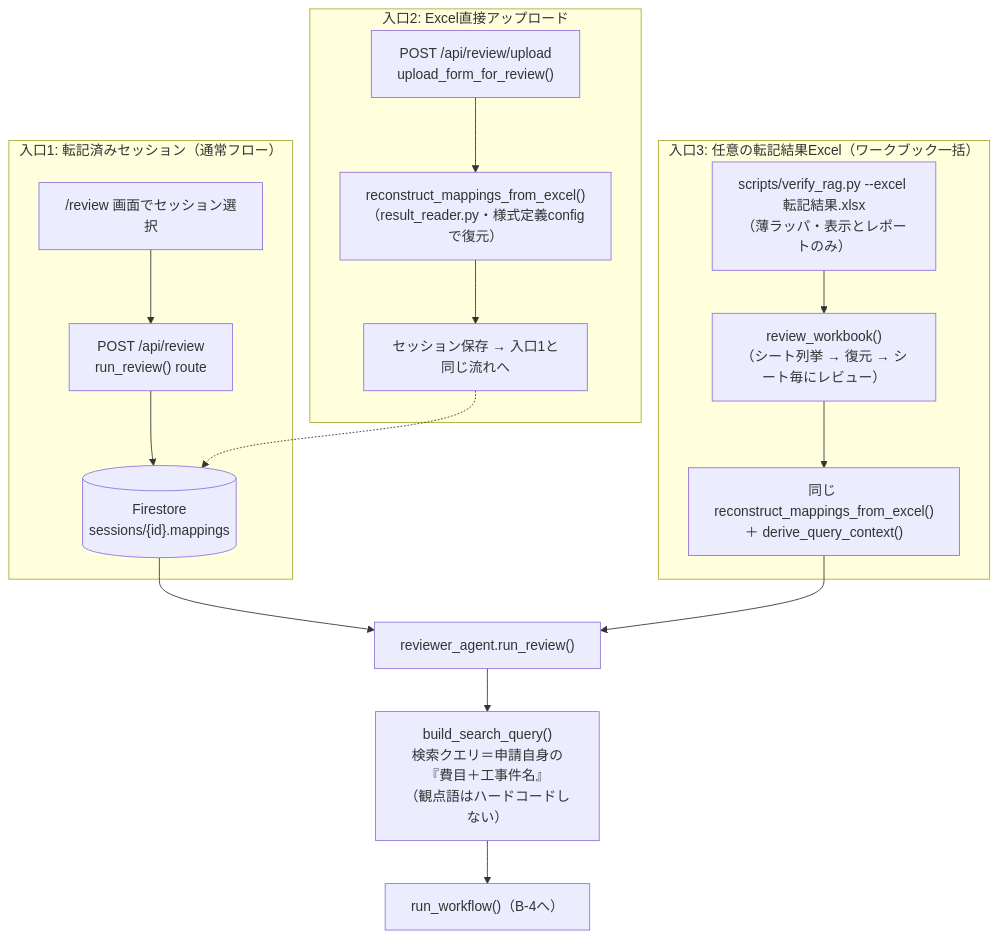
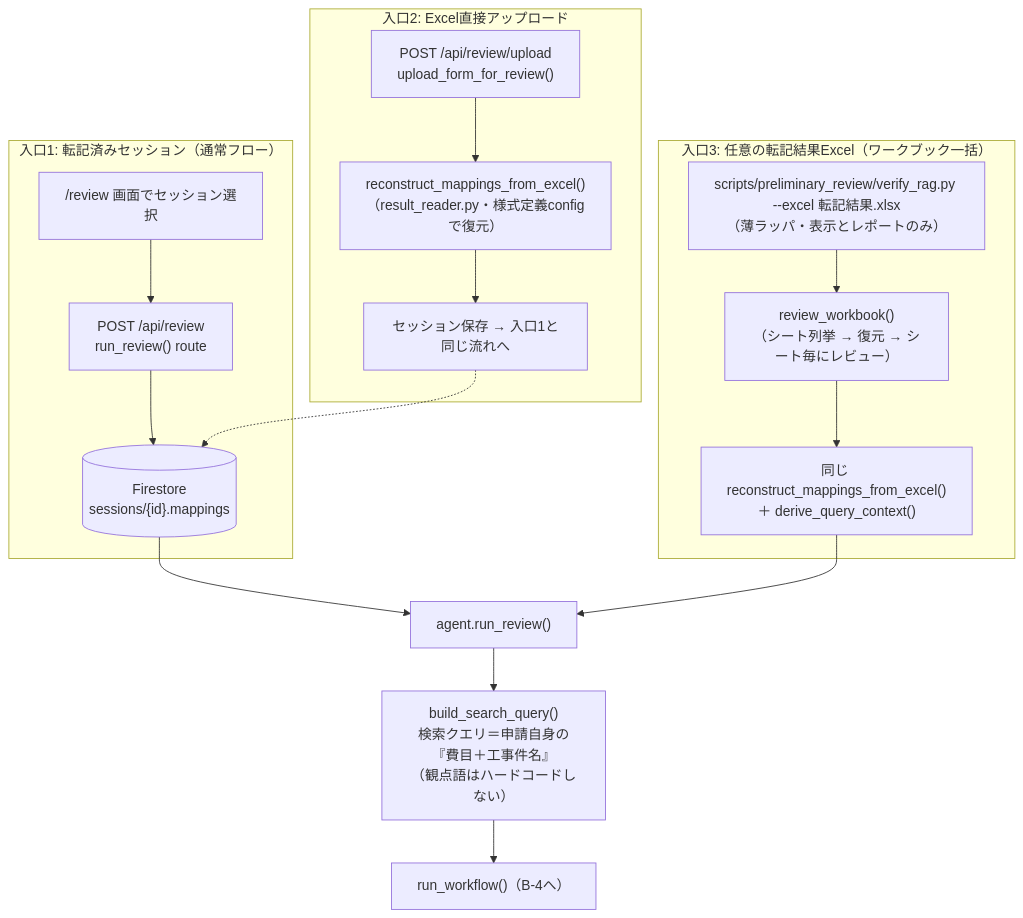
Before and after one commit to monigairu/PPOOCC: the fourth of 7 diagrams in docs/preliminary_review/ARCHITECTURE.md, drawn with Mermaid. The commit also changed other lines of this file and 33 other files, not shown here.

````diff
--- a/docs/preliminary_review/ARCHITECTURE.md
+++ b/docs/preliminary_review/ARCHITECTURE.md
@@ -139,20 +218,20 @@
 ```mermaid
 flowchart TD
     subgraph E1["入口1: 転記済みセッション（通常フロー）"]
         UI1["/review 画面でセッション選択"] --> API1["POST /api/review<br/>run_review() route"]
         API1 --> FS1[("Firestore<br/>sessions/{id}.mappings")]
     end
     subgraph E2["入口2: Excel直接アップロード"]
         UP["POST /api/review/upload<br/>upload_form_for_review()"] --> REC["reconstruct_mappings_from_excel()<br/>（result_reader.py・様式定義configで復元）"]
         REC --> SAVE["セッション保存 → 入口1と同じ流れへ"]
     end
     subgraph E3["入口3: 任意の転記結果Excel（ワークブック一括）"]
-        VR["scripts/verify_rag.py --excel 転記結果.xlsx<br/>（薄ラッパ・表示とレポートのみ）"] --> WBK["review_workbook()<br/>（シート列挙 → 復元 → シート毎にレビュー）"]
+        VR["scripts/preliminary_review/verify_rag.py --excel 転記結果.xlsx<br/>（薄ラッパ・表示とレポートのみ）"] --> WBK["review_workbook()<br/>（シート列挙 → 復元 → シート毎にレビュー）"]
         WBK --> REC2["同じ reconstruct_mappings_from_excel()<br/>＋ derive_query_context()"]
     end
-    FS1 --> AGENT["reviewer_agent.run_review()"]
+    FS1 --> AGENT["agent.run_review()"]
     SAVE -.-> FS1
     REC2 --> AGENT
     AGENT --> QB["build_search_query()<br/>検索クエリ＝申請自身の『費目＋工事件名』<br/>（観点語はハードコードしない）"]
     QB --> WF["run_workflow()（B-4へ）"]
 ```
````
